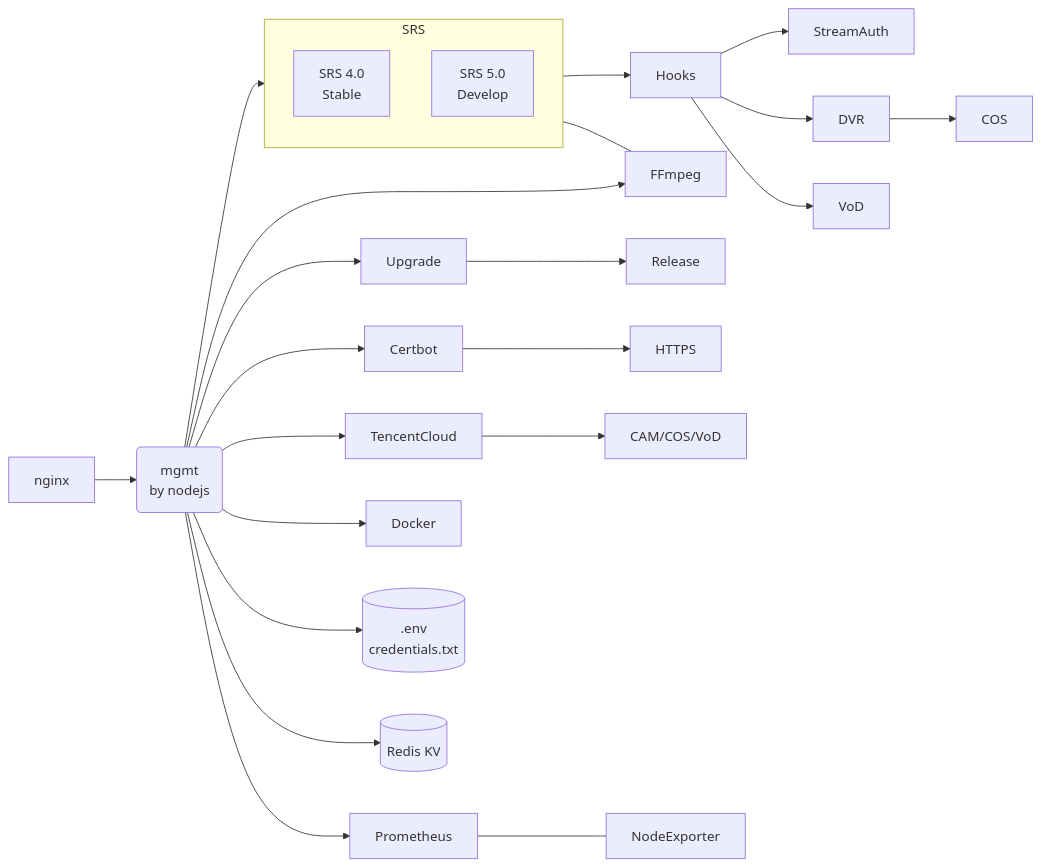
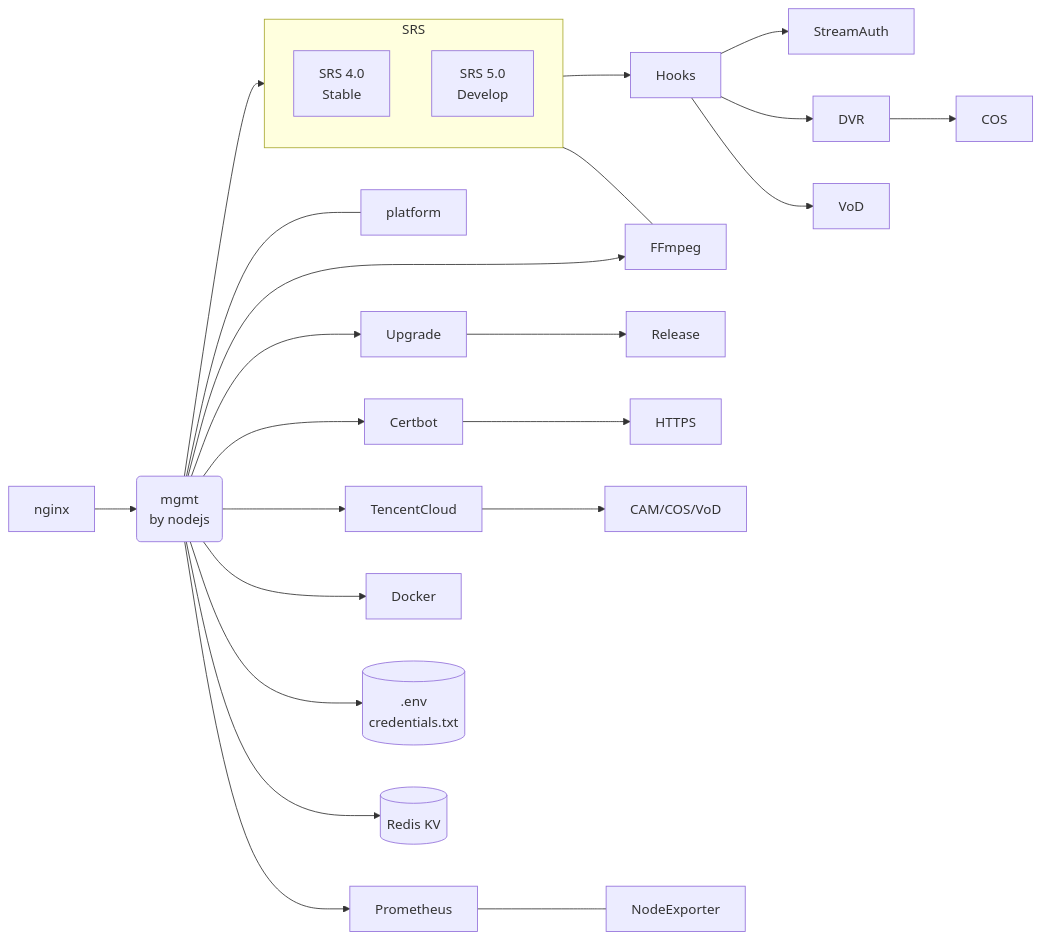
Before and after one commit to ossrs/oryx: the diagram in README.md, drawn with Mermaid. The commit also changed other lines of this file and 35 other files, not shown here.

Commit message:
Platform: Extract platform from mgmt.

````diff
--- a/README.md
+++ b/README.md
@@ -21,19 +21,20 @@
 ```mermaid
 flowchart LR;
   nginx --> mgmt(mgmt<br/>by nodejs);
   subgraph SRS;
     SRSR[SRS 4.0<br/>Stable];
     SRSD[SRS 5.0<br/>Develop];
   end
   mgmt --> SRS --> Hooks --> StreamAuth & DVR & VoD;
   DVR --> COS;
   mgmt --> FFmpeg;
+  mgmt --- platform;
   SRS --- FFmpeg;
   mgmt --> Upgrade --> Release;
   mgmt --> Certbot --> HTTPS;
   mgmt --> TencentCloud --> CAM[CAM/COS/VoD];
   mgmt --> Prometheus --- NodeExporter;
   mgmt --> Docker;
   mgmt --> Env[(.env<br/>credentials.txt)];
   mgmt --> Redis[(Redis KV)];
 ```
````
